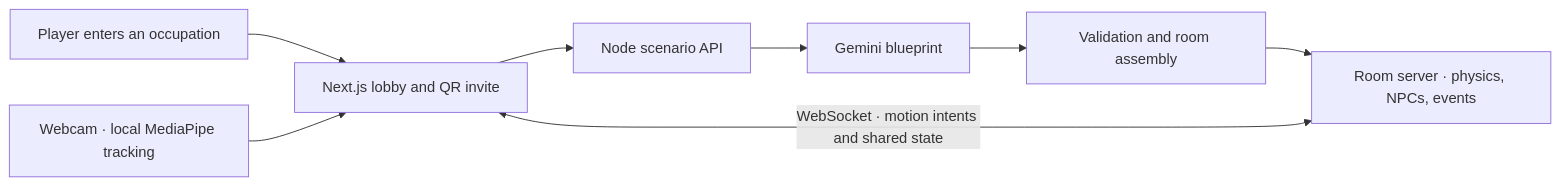
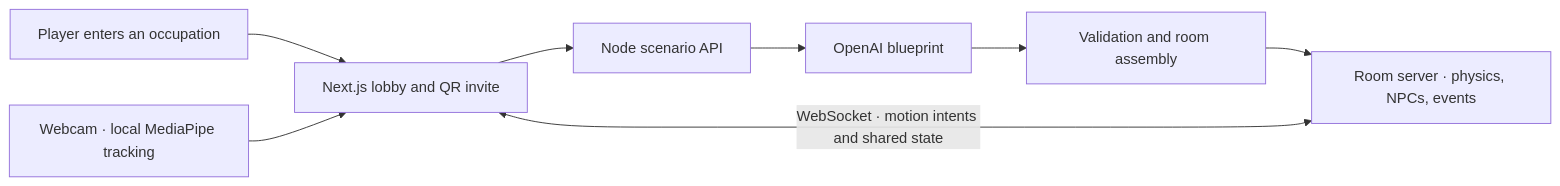
Before and after one commit to aarush-modi/occupation-simulator-six: the diagram in REQUIREMENTS.md, drawn with Mermaid. The commit also changed other lines of this file and 48 other files, not shown here.

````diff
--- a/REQUIREMENTS.md
+++ b/REQUIREMENTS.md
@@ -36,10 +36,10 @@
 ```mermaid
 flowchart LR
     P["Player enters an occupation"] --> F["Next.js lobby and QR invite"]
     F --> A["Node scenario API"]
-    A --> G["Gemini blueprint"]
+    A --> G["OpenAI blueprint"]
     G --> V["Validation and room assembly"]
     V --> R["Room server · physics, NPCs, events"]
     C["Webcam · local MediaPipe tracking"] --> F
     F <-->|"WebSocket · motion intents and shared state"| R
 ```
````
